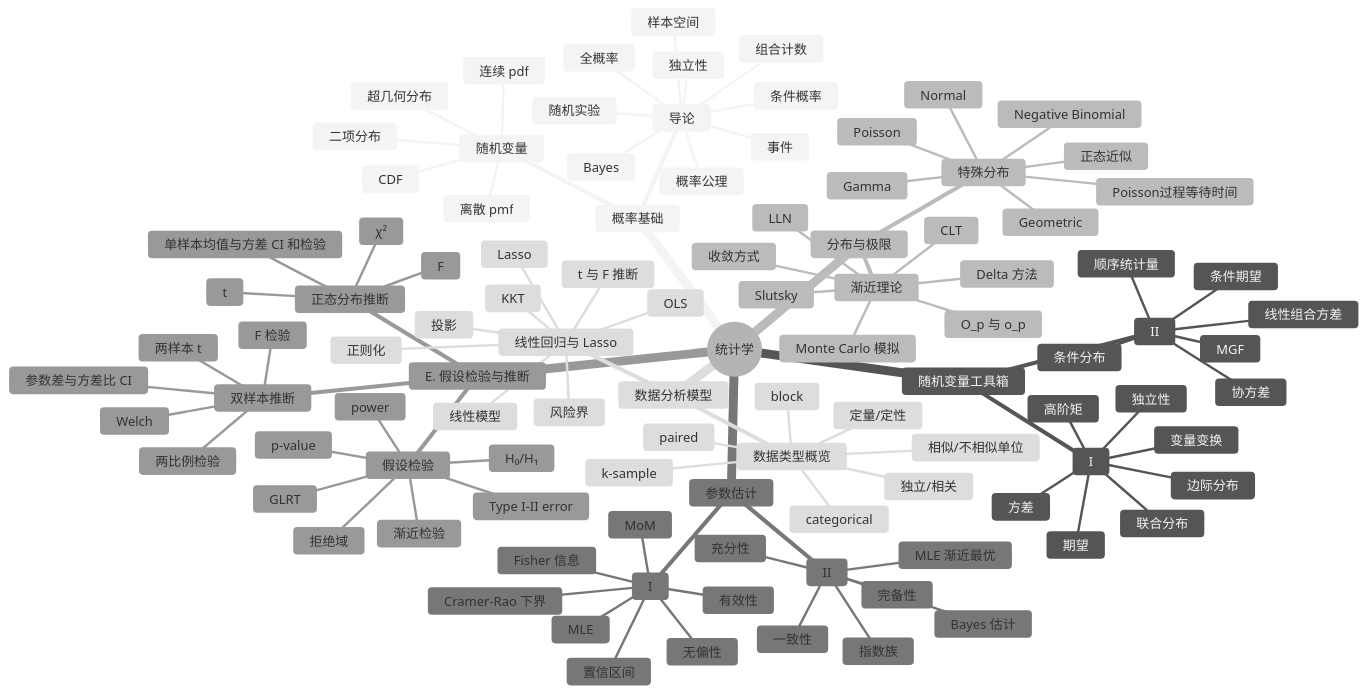
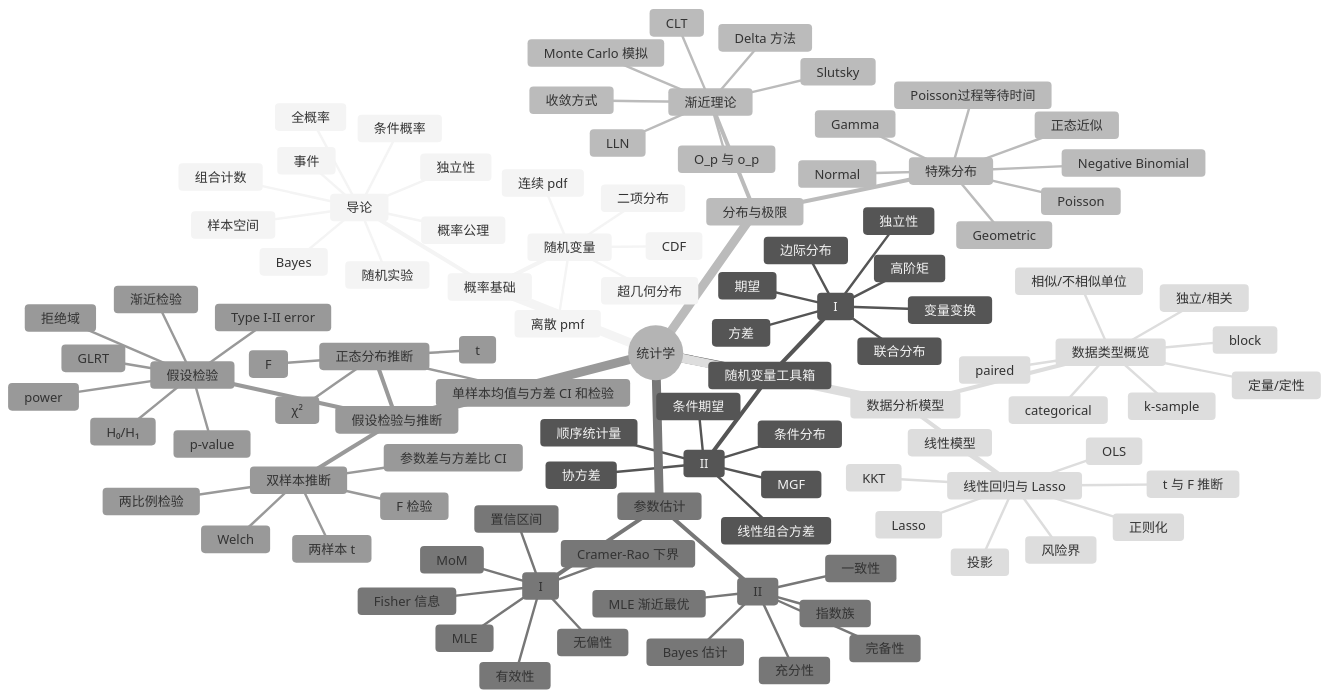
Before and after one commit to hadanice/OpenDS: the first of 2 diagrams in 统计学基础Ⅰ：数理统计/README.md, drawn with Mermaid (neutral theme). The commit also changed other lines of this file, not shown here.

```diff
--- a/统计学基础Ⅰ：数理统计/README.md
+++ b/统计学基础Ⅰ：数理统计/README.md
@@ -81,7 +81,7 @@
         Bayes 估计
         MLE 渐近最优
 
-    E. 假设检验与推断
+    假设检验与推断
       假设检验
         H₀/H₁
         拒绝域
```
